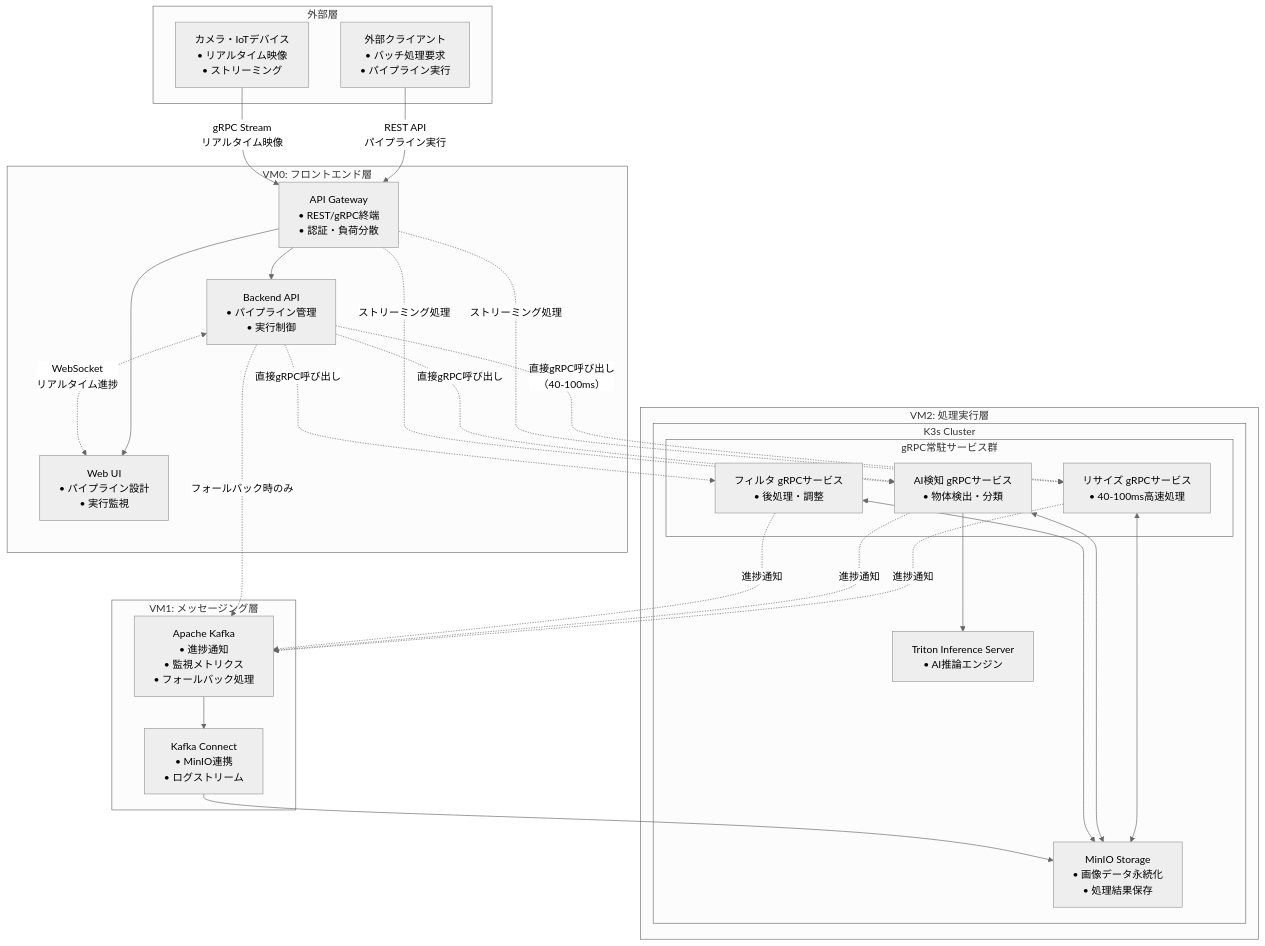
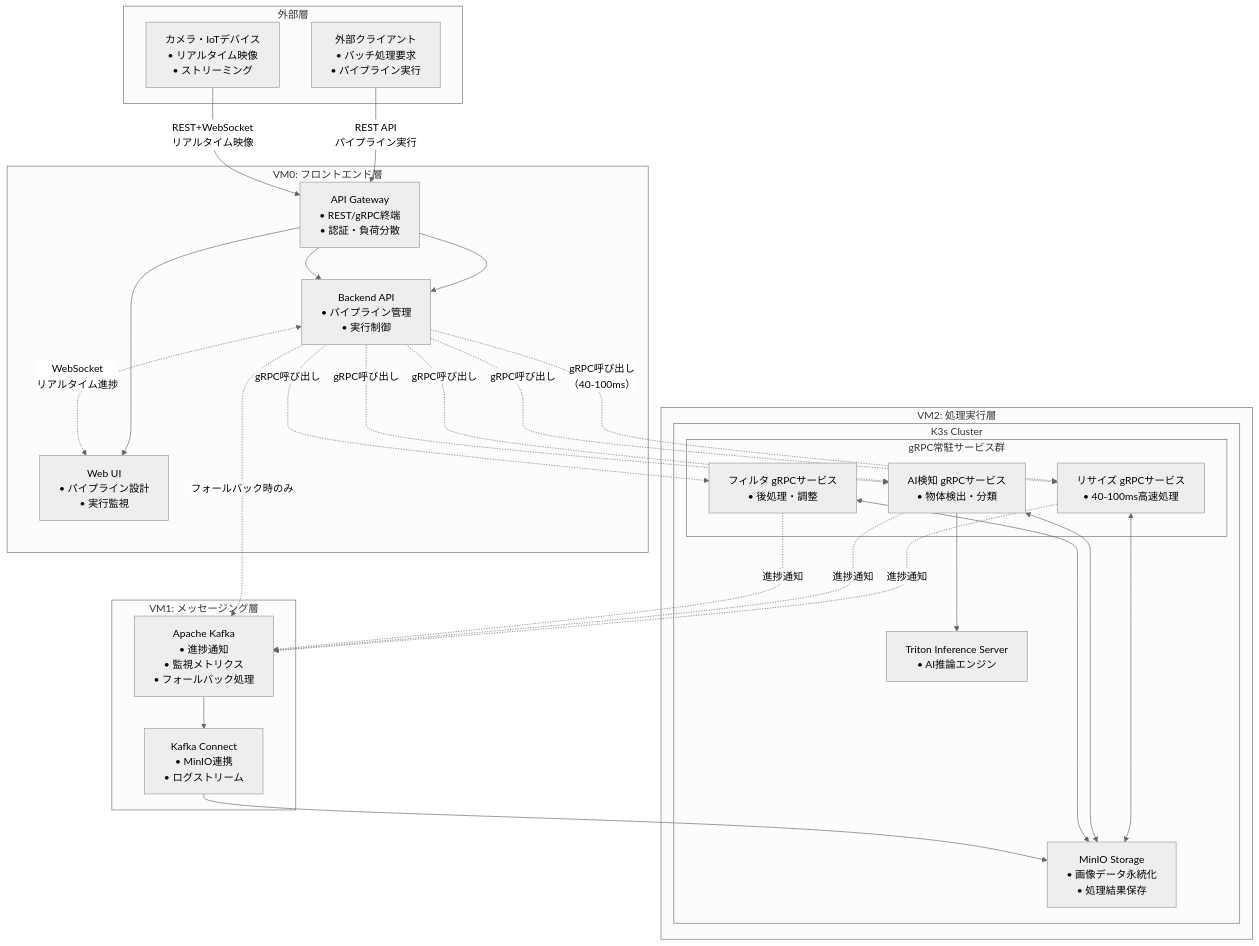
One commit to daichiTAAA/ImageFlowCanvas changed the diagram in docs/0300_設計_アプローチ1/0301_システム基本設計.md. Above: the diagram before and after it, drawn with Mermaid (neutral theme). The commit also changed other lines of this file and 2 other files, not shown here.

Commit message:
Remove Envoy and direct gRPC references, unify frontend communication via REST+WebSocket

````diff
--- a/docs/0300_設計_アプローチ1/0301_システム基本設計.md
+++ b/docs/0300_設計_アプローチ1/0301_システム基本設計.md
@@ -19,58 +19,59 @@
 ```mermaid
 graph TB
     subgraph "外部層"
         Client[外部クライアント<br/>• バッチ処理要求<br/>• パイプライン実行]
         Camera[カメラ・IoTデバイス<br/>• リアルタイム映像<br/>• ストリーミング]
     end
     
     subgraph "VM0: フロントエンド層"
         Gateway[API Gateway<br/>• REST/gRPC終端<br/>• 認証・負荷分散]
         WebUI[Web UI<br/>• パイプライン設計<br/>• 実行監視]
         Backend[Backend API<br/>• パイプライン管理<br/>• 実行制御]
     end
     
     subgraph "VM1: メッセージング層"
         Kafka[Apache Kafka<br/>• 進捗通知<br/>• 監視メトリクス<br/>• フォールバック処理]
         Connect[Kafka Connect<br/>• MinIO連携<br/>• ログストリーム]
     end
     
     subgraph "VM2: 処理実行層"
         subgraph "K3s Cluster"
             MinIO[MinIO Storage<br/>• 画像データ永続化<br/>• 処理結果保存]
             subgraph "gRPC常駐サービス群"
                 ResizeService[リサイズ gRPCサービス<br/>• 40-100ms高速処理]
                 AIService[AI検知 gRPCサービス<br/>• 物体検出・分類]
                 FilterService[フィルタ gRPCサービス<br/>• 後処理・調整]
             end
             TritonServer[Triton Inference Server<br/>• AI推論エンジン]
         end
     end
     
     %% バッチ処理フロー（メイン）
     Client -->|REST API<br/>パイプライン実行| Gateway
     Gateway --> Backend
     Gateway --> WebUI
-    Backend -.->|直接gRPC呼び出し<br/>（40-100ms）| ResizeService
-    Backend -.->|直接gRPC呼び出し| AIService
-    Backend -.->|直接gRPC呼び出し| FilterService
+    Backend -.->|gRPC呼び出し<br/>（40-100ms）| ResizeService
+    Backend -.->|gRPC呼び出し| AIService
+    Backend -.->|gRPC呼び出し| FilterService
     
     %% リアルタイム処理フロー
-    Camera -->|gRPC Stream<br/>リアルタイム映像| Gateway
-    Gateway -.->|ストリーミング処理| ResizeService
-    Gateway -.->|ストリーミング処理| AIService
+    Camera -->|REST+WebSocket<br/>リアルタイム映像| Gateway
+    Gateway --> Backend
+    Backend -.->|gRPC呼び出し| ResizeService
+    Backend -.->|gRPC呼び出し| AIService
     
     %% ストレージアクセス
     ResizeService <--> MinIO
     AIService <--> MinIO
     FilterService <--> MinIO
     AIService --> TritonServer
     
     %% 監視・通知（Kafka）
     Backend -.->|フォールバック時のみ| Kafka
     ResizeService -.->|進捗通知| Kafka
     AIService -.->|進捗通知| Kafka
     FilterService -.->|進捗通知| Kafka
     Kafka --> Connect
     Connect --> MinIO
     Backend <-.->|WebSocket<br/>リアルタイム進捗| WebUI
 ```
````
